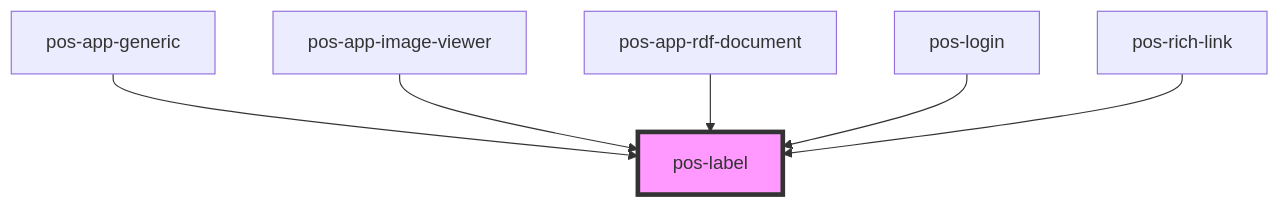
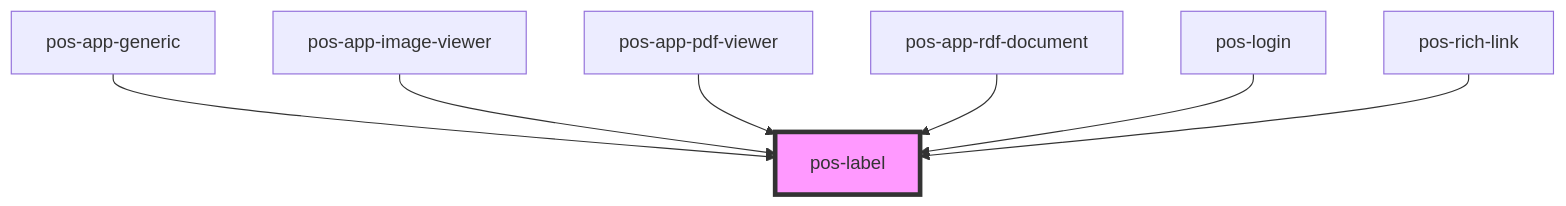
The diagram in docs/elements/components/pos-label/readme.md (pod-os/PodOS), drawn with Mermaid before and after one commit. The commit also changed other lines of this file and 8 other files, not shown here.

````diff
--- a/docs/elements/components/pos-label/readme.md
+++ b/docs/elements/components/pos-label/readme.md
@@ -26,9 +27,10 @@
 ```mermaid
 graph TD;
   pos-app-generic --> pos-label
   pos-app-image-viewer --> pos-label
+  pos-app-pdf-viewer --> pos-label
   pos-app-rdf-document --> pos-label
   pos-login --> pos-label
   pos-rich-link --> pos-label
   style pos-label fill:#f9f,stroke:#333,stroke-width:4px
 ```
````
